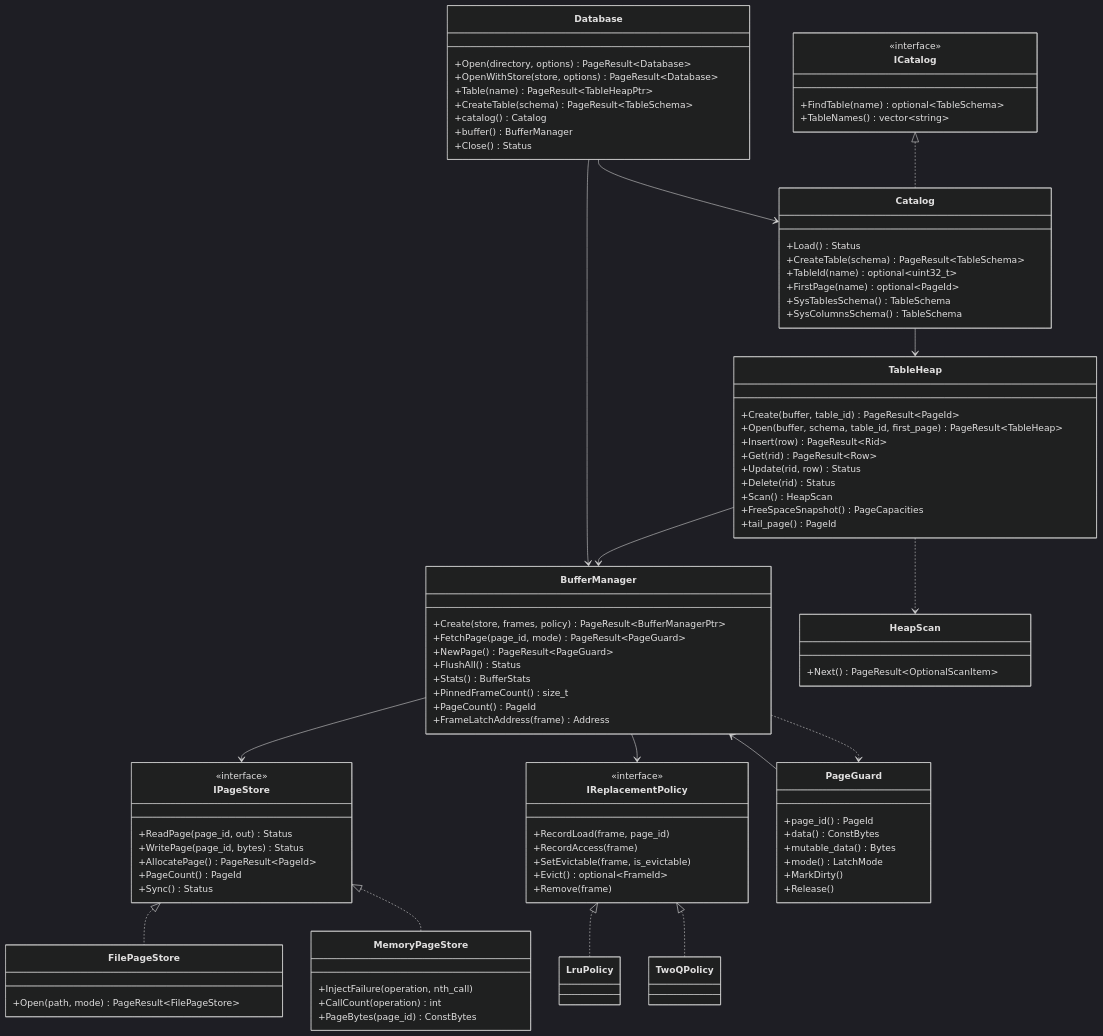
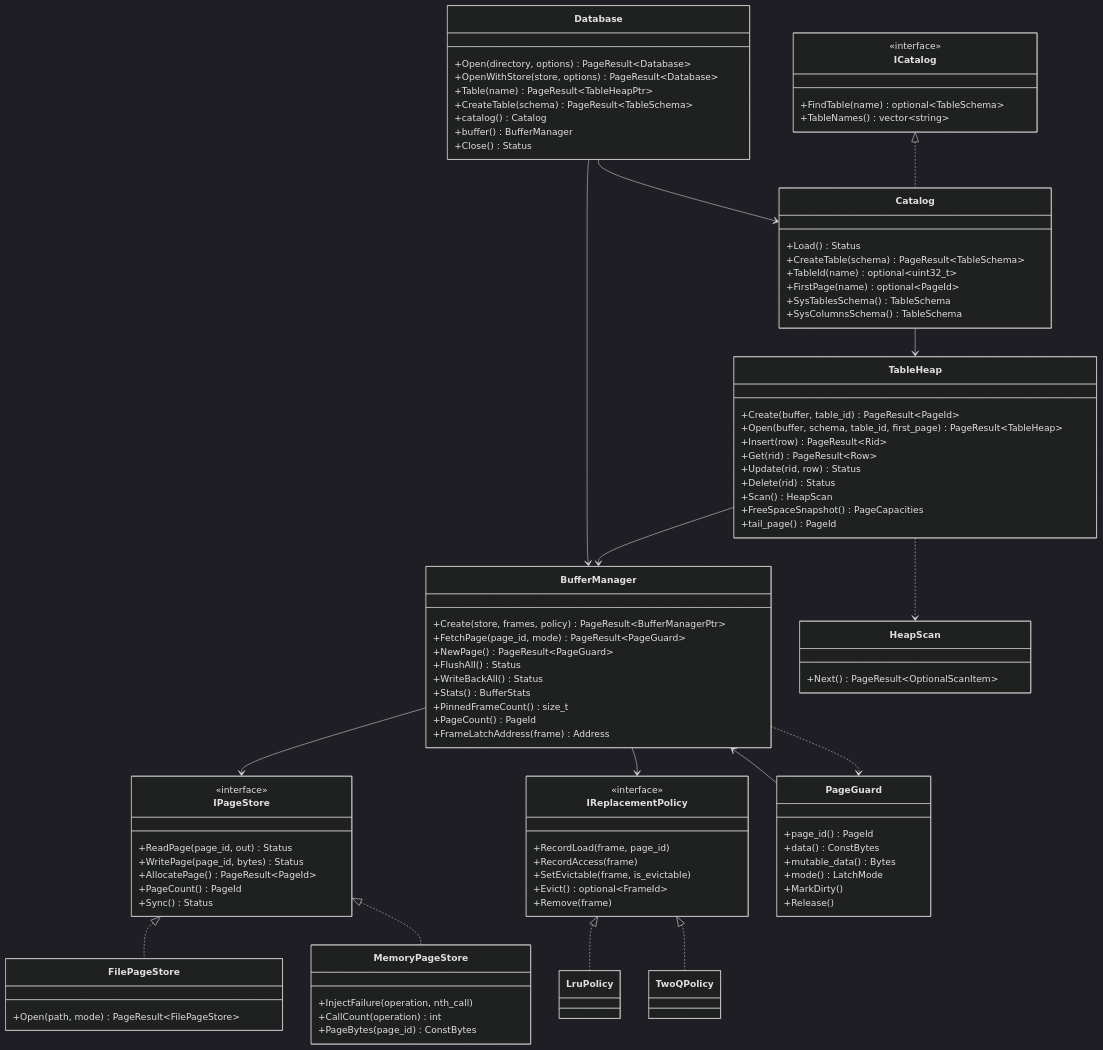
One commit to daniel-gs-93/flatfiledb changed the second of 7 diagrams in docs/PagedEngineDesignDocument.md. Above: the diagram before and after it, drawn with Mermaid (dark theme). The commit also changed other lines of this file and 6 other files, not shown here.

```diff
--- a/docs/PagedEngineDesignDocument.md
+++ b/docs/PagedEngineDesignDocument.md
@@ -116,6 +116,7 @@
         +FetchPage(page_id, mode) PageResult~PageGuard~
         +NewPage() PageResult~PageGuard~
         +FlushAll() Status
+        +WriteBackAll() Status
         +Stats() BufferStats
         +PinnedFrameCount() size_t
         +PageCount() PageId
```
